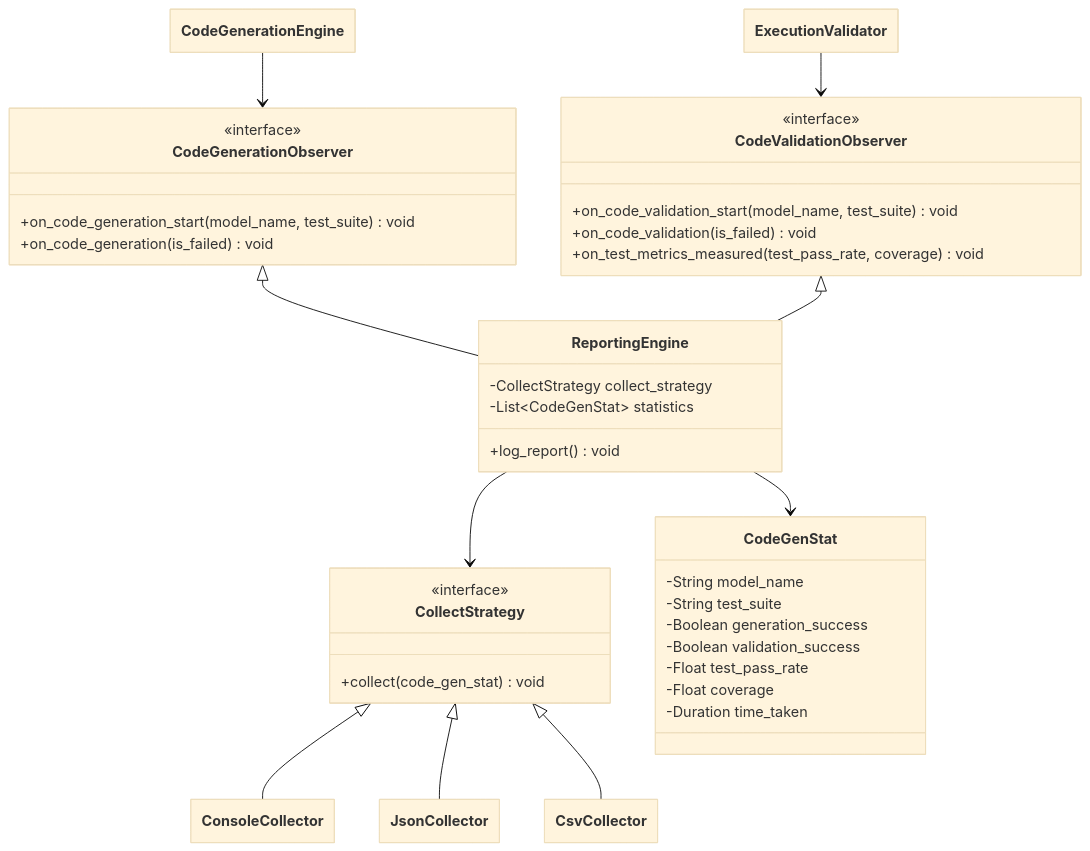
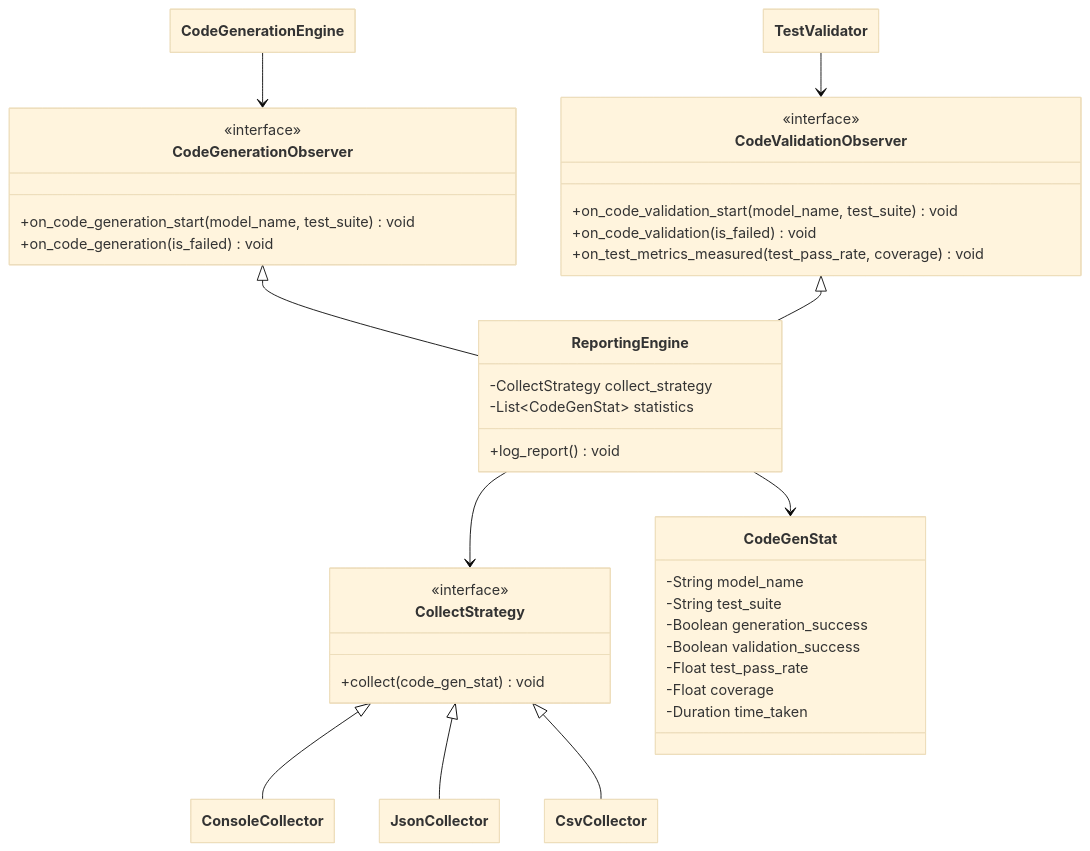
The seventh of 7 diagrams in docs/design.md (FilippoGurioli/test-2-code-llm), drawn with Mermaid (base theme) before and after one commit. The commit also changed other lines of this file and 1 other file, not shown here.

Commit message:
docs: rename execution validator into test validator

````diff
--- a/docs/design.md
+++ b/docs/design.md
@@ -253,51 +253,51 @@
 ```mermaid
 ---
   config:
     class:
       hideEmptyMembersBox: true
 ---
 classDiagram
     class ReportingEngine {
         -CollectStrategy collect_strategy
         -List~CodeGenStat~ statistics
         +log_report() void
     }
 
     class CodeGenerationObserver {
         <<interface>>
         +on_code_generation_start(model_name, test_suite) void
         +on_code_generation(is_failed) void
     }
 
     class CodeValidationObserver {
         <<interface>>
         +on_code_validation_start(model_name, test_suite) void
         +on_code_validation(is_failed) void
         +on_test_metrics_measured(test_pass_rate, coverage) void
     }
 
     class CollectStrategy {
         <<interface>>
         +collect(code_gen_stat) void
     }
 
     class CodeGenStat {
         -String model_name
         -String test_suite
         -Boolean generation_success
         -Boolean validation_success
         -Float test_pass_rate
         -Float coverage
         -Duration time_taken
     }
 
     CodeGenerationEngine --> CodeGenerationObserver
-    ExecutionValidator --> CodeValidationObserver
+    TestValidator --> CodeValidationObserver
     CodeGenerationObserver <|-- ReportingEngine
     CodeValidationObserver <|-- ReportingEngine
     ReportingEngine --> CollectStrategy
     ReportingEngine --> CodeGenStat
     CollectStrategy <|-- ConsoleCollector
     CollectStrategy <|-- JsonCollector
     CollectStrategy <|-- CsvCollector
 ```
````
